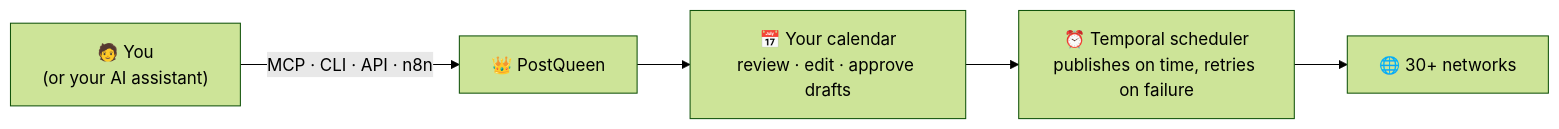
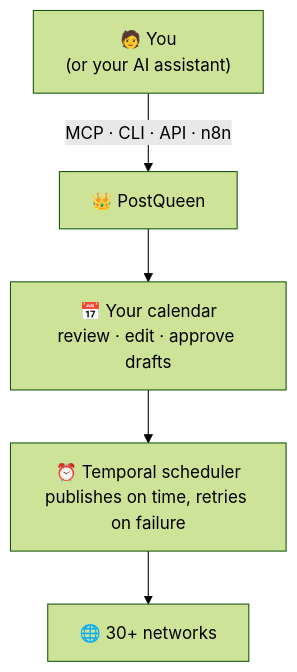
One commit to GkhanKINAY/postqueen-app changed the diagram in README.md. Above: the diagram before and after it, drawn with Mermaid (forest theme).

Commit message:
docs(readme): make the how-it-works flowchart vertical for readability

````diff
--- a/README.md
+++ b/README.md
@@ -148,7 +148,7 @@
 ```mermaid
-flowchart LR
+flowchart TD
     A["🧑 You<br/>(or your AI assistant)"] -->|MCP · CLI · API · n8n| B["👑 PostQueen"]
     B --> C["📅 Your calendar<br/>review · edit · approve drafts"]
     C --> D["⏰ Temporal scheduler<br/>publishes on time, retries on failure"]
     D --> E["🌐 30+ networks"]
 ```
````
